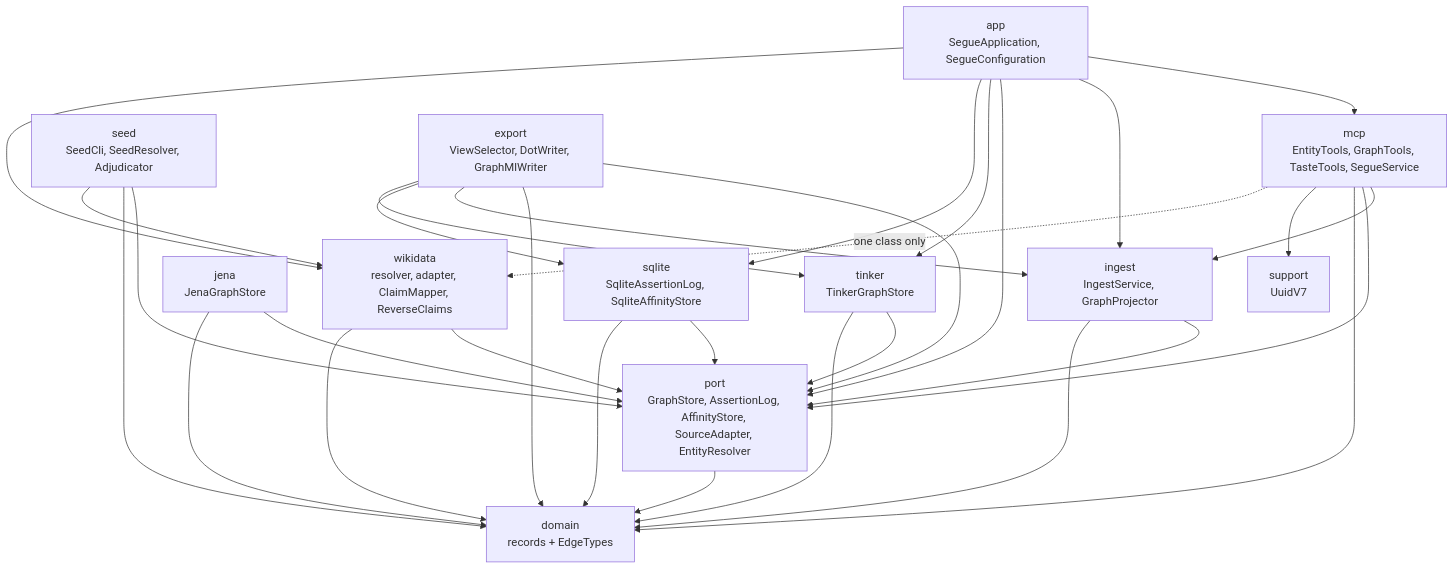
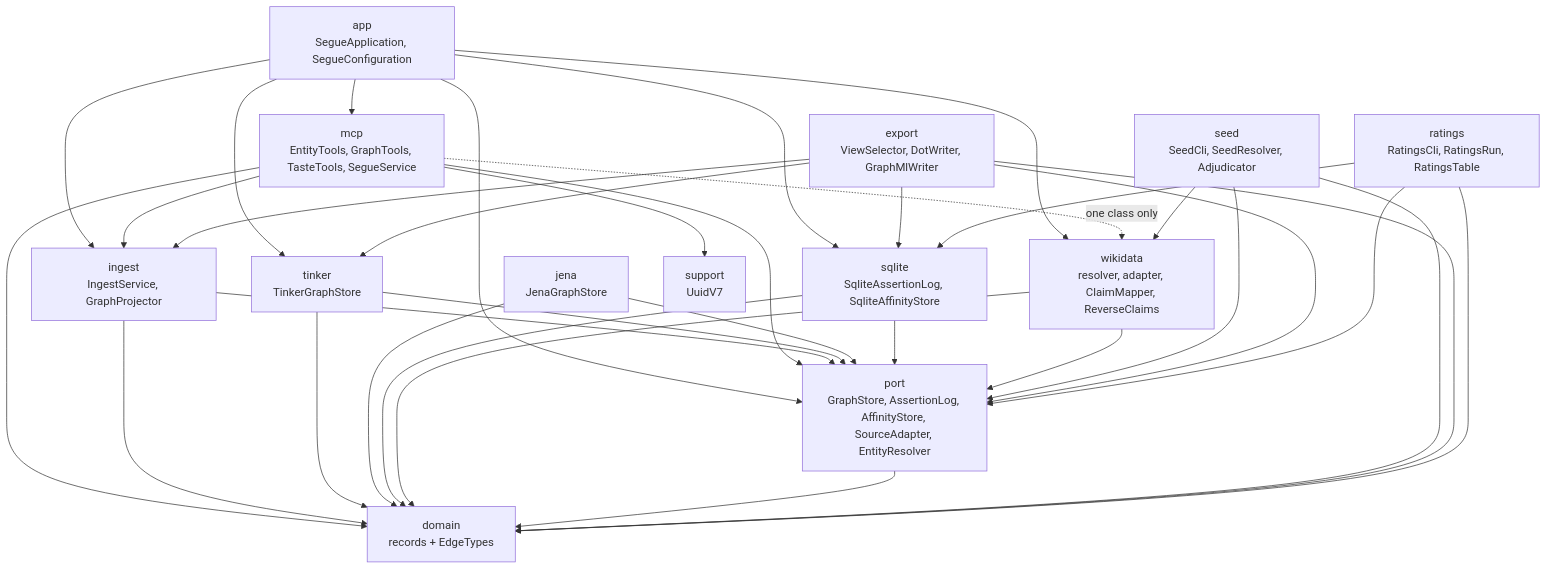
The first of 4 diagrams in docs/developer-guide.md (robsartin/segue), drawn with Mermaid before and after one commit. The commit also changed other lines of this file and 22 other files, not shown here.

````diff
--- a/docs/developer-guide.md
+++ b/docs/developer-guide.md
@@ -59,46 +60,50 @@
 ```mermaid
 graph TD
   app["app<br/>SegueApplication, SegueConfiguration"]
   mcp["mcp<br/>EntityTools, GraphTools, TasteTools, SegueService"]
   ingest["ingest<br/>IngestService, GraphProjector"]
   tinker["tinker<br/>TinkerGraphStore"]
   jena["jena<br/>JenaGraphStore"]
   sqlite["sqlite<br/>SqliteAssertionLog, SqliteAffinityStore"]
   wikidata["wikidata<br/>resolver, adapter, ClaimMapper, ReverseClaims"]
   port["port<br/>GraphStore, AssertionLog, AffinityStore, SourceAdapter, EntityResolver"]
   domain["domain<br/>records + EdgeTypes"]
   support["support<br/>UuidV7"]
   seed["seed<br/>SeedCli, SeedResolver, Adjudicator"]
   export["export<br/>ViewSelector, DotWriter, GraphMlWriter"]
+  ratings["ratings<br/>RatingsCli, RatingsRun, RatingsTable"]
 
   app --> mcp
   app --> ingest
   app --> port
   app --> tinker
   app --> sqlite
   app --> wikidata
   mcp --> ingest
   mcp --> port
   mcp --> domain
   mcp --> support
   mcp -.->|"one class only"| wikidata
   ingest --> port
   ingest --> domain
   tinker --> port
   tinker --> domain
   jena --> port
   jena --> domain
   sqlite --> port
   sqlite --> domain
   wikidata --> port
   wikidata --> domain
   port --> domain
   seed --> port
   seed --> domain
   seed --> wikidata
   export --> port
   export --> domain
   export --> ingest
   export --> sqlite
   export --> tinker
+  ratings --> port
+  ratings --> domain
+  ratings --> sqlite
 ```
````
